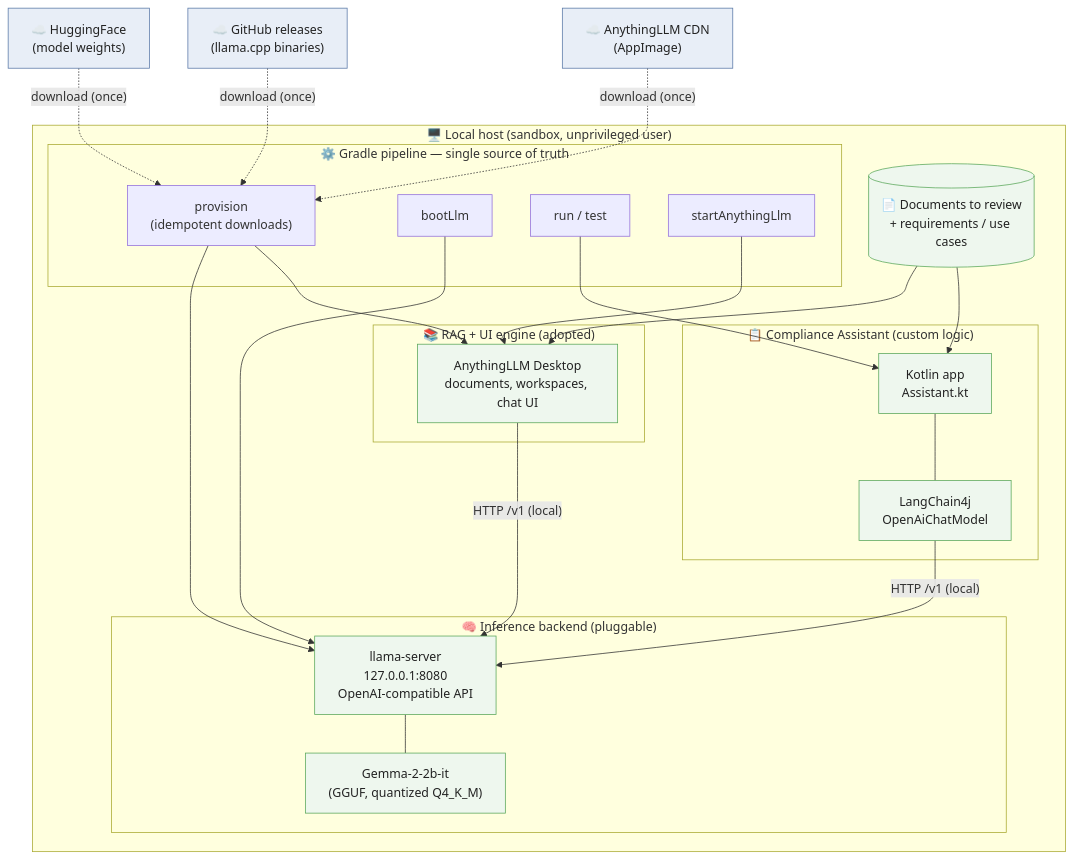
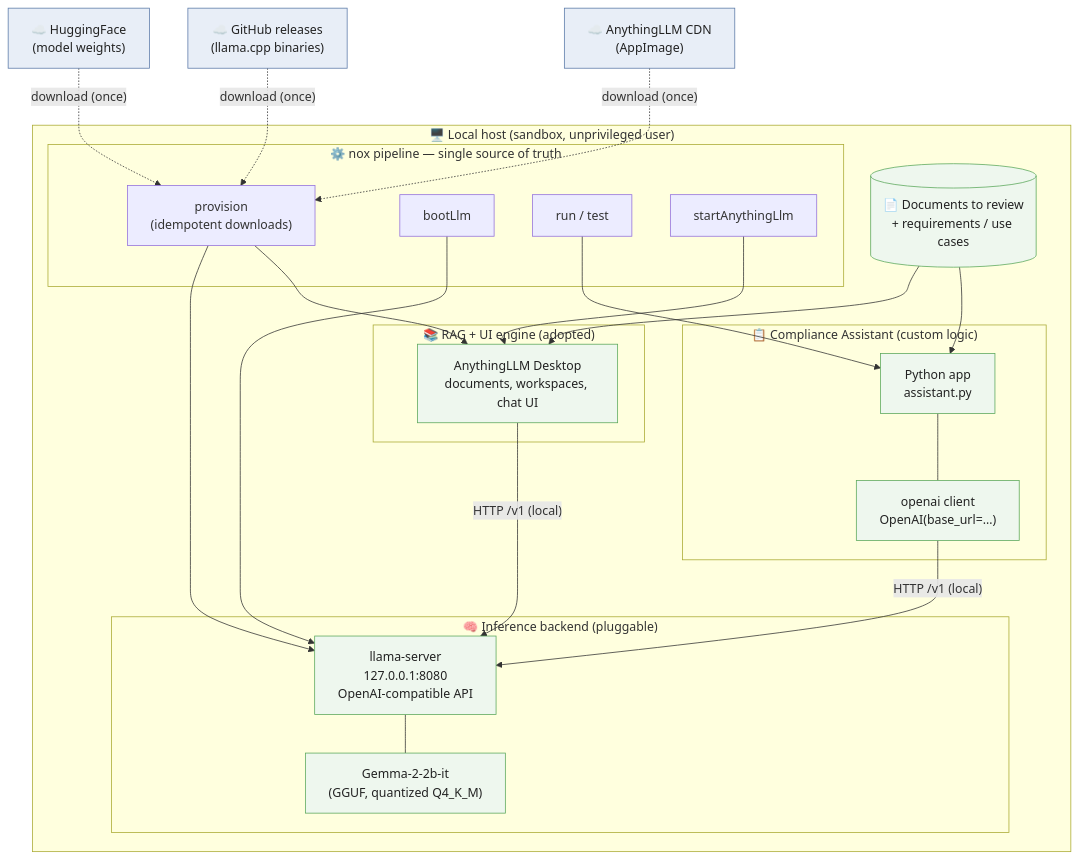
Before and after one commit to stutek/LocalCounsel: the first of 4 diagrams in docs/ARCHITECTURE.md, drawn with Mermaid. The commit also changed other lines of this file and 16 other files, not shown here.

First line of the commit message:
Port build + app from Gradle/Kotlin to Python + nox

````diff
--- a/docs/ARCHITECTURE.md
+++ b/docs/ARCHITECTURE.md
@@ -21,53 +21,53 @@
 ```mermaid
 graph TB
     subgraph Host["🖥️ Local host (sandbox, unprivileged user)"]
-        subgraph Pipeline["⚙️ Gradle pipeline — single source of truth"]
+        subgraph Pipeline["⚙️ nox pipeline — single source of truth"]
             PROV["provision<br/>(idempotent downloads)"]
             BOOT["bootLlm"]
             RUNT["run / test"]
             UIT["startAnythingLlm"]
         end
 
         subgraph Inference["🧠 Inference backend (pluggable)"]
             LS["llama-server<br/>127.0.0.1:8080<br/>OpenAI-compatible API"]
             GG["Gemma-2-2b-it<br/>(GGUF, quantized Q4_K_M)"]
             LS --- GG
         end
 
         subgraph App["📋 Compliance Assistant (custom logic)"]
-            KT["Kotlin app<br/>Assistant.kt"]
-            L4J["LangChain4j<br/>OpenAiChatModel"]
+            KT["Python app<br/>assistant.py"]
+            L4J["openai client<br/>OpenAI(base_url=…)"]
             KT --- L4J
         end
 
         subgraph RAG["📚 RAG + UI engine (adopted)"]
             ALM["AnythingLLM Desktop<br/>documents, workspaces, chat UI"]
         end
 
         DOCS[("📄 Documents to review<br/>+ requirements / use cases")]
     end
 
     HF["☁️ HuggingFace<br/>(model weights)"]
     GH["☁️ GitHub releases<br/>(llama.cpp binaries)"]
     CDN["☁️ AnythingLLM CDN<br/>(AppImage)"]
 
     HF -. "download (once)" .-> PROV
     GH -. "download (once)" .-> PROV
     CDN -. "download (once)" .-> PROV
 
     PROV --> LS
     PROV --> ALM
     BOOT --> LS
     RUNT --> KT
     UIT --> ALM
 
     L4J -->|"HTTP /v1 (local)"| LS
     ALM -->|"HTTP /v1 (local)"| LS
     DOCS --> ALM
     DOCS --> KT
 
     classDef cloud fill:#e8eef7,stroke:#5b7aa8,color:#222;
     classDef local fill:#eef7ee,stroke:#5ba85b,color:#222;
     class HF,GH,CDN cloud;
     class LS,GG,KT,L4J,ALM,DOCS local;
 ```
````
